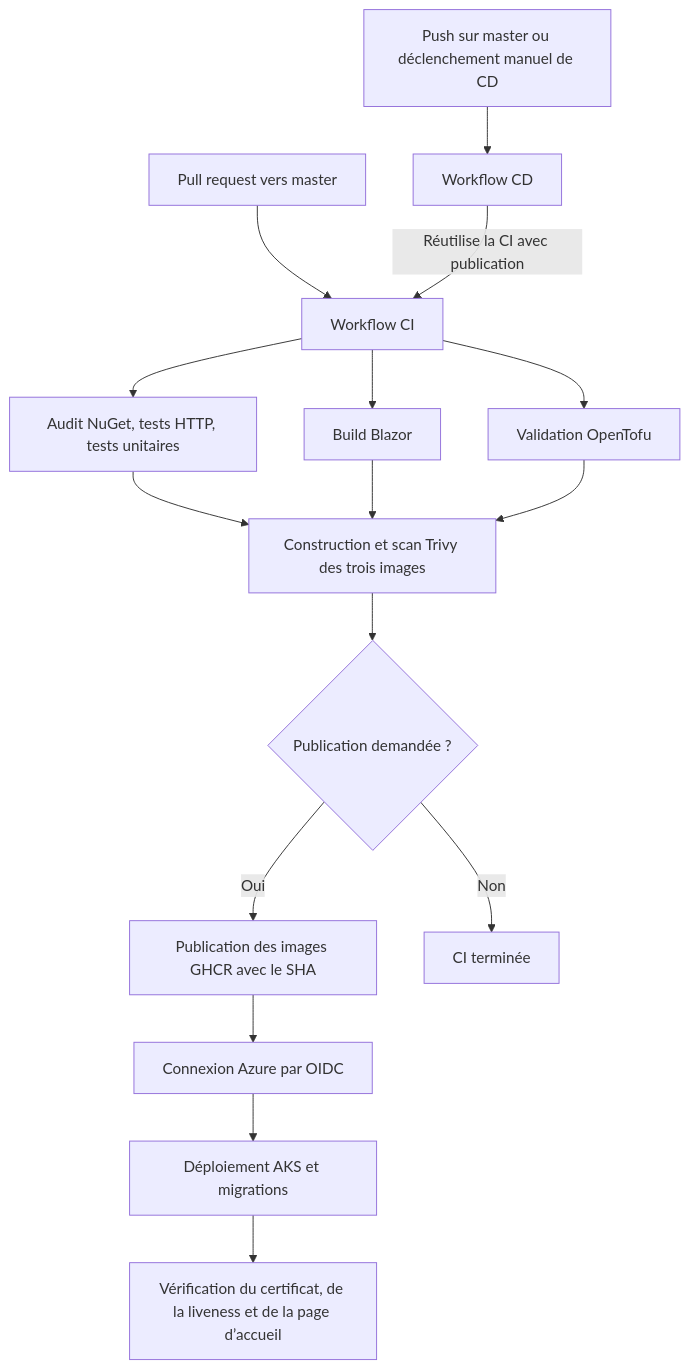
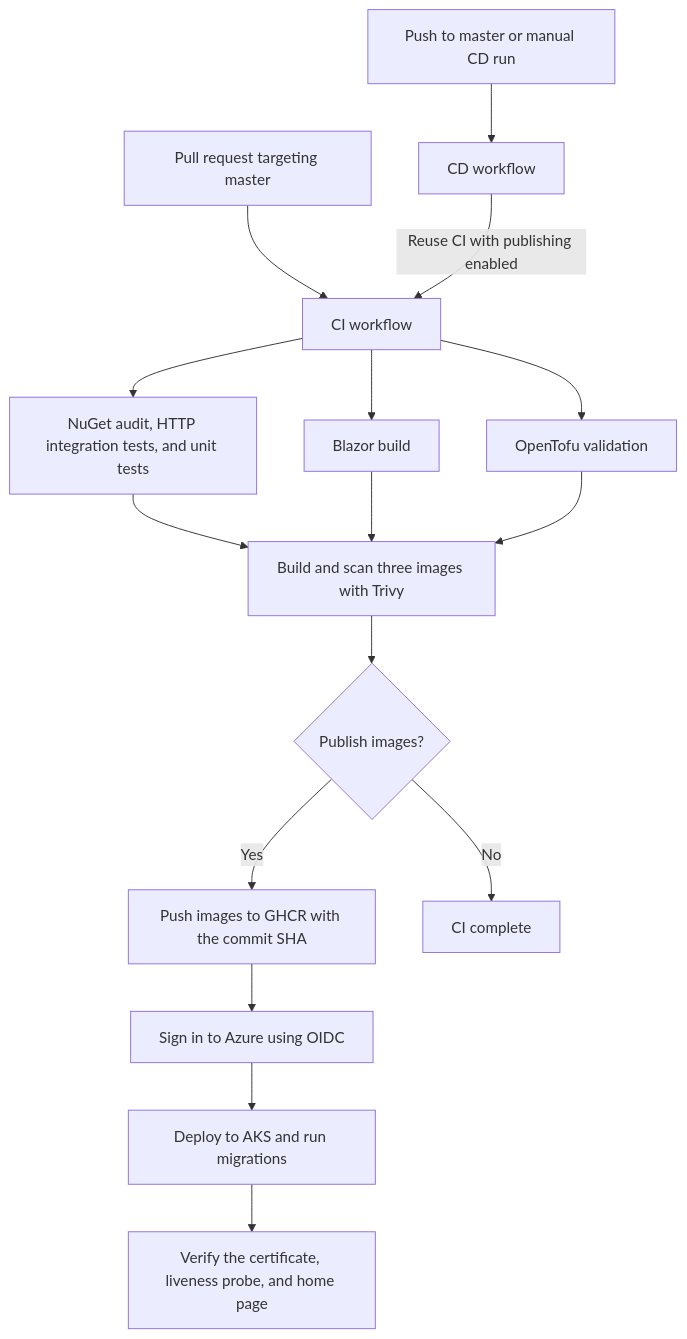
The fourth of 5 diagrams in docs/ARCHITECTURE.md (Fabian-Raeskinet/mydisk-api), drawn with Mermaid before and after one commit. The commit also changed other lines of this file and 5 other files, not shown here.

Commit message:
update documentation: rename use cases file and translate architecture content to English

````diff
--- a/docs/ARCHITECTURE.md
+++ b/docs/ARCHITECTURE.md
@@ -131,18 +131,18 @@
 ```mermaid
 flowchart TD
-    PR["Pull request vers master"] --> CI["Workflow CI"]
-    Push["Push sur master ou déclenchement manuel de CD"] --> CD["Workflow CD"]
-    CD -->|"Réutilise la CI avec publication"| CI
-    CI --> NET["Audit NuGet, tests HTTP, tests unitaires"]
-    CI --> UI["Build Blazor"]
-    CI --> Infra["Validation OpenTofu"]
-    NET --> Images["Construction et scan Trivy des trois images"]
+    PR["Pull request targeting master"] --> CI["CI workflow"]
+    Push["Push to master or manual CD run"] --> CD["CD workflow"]
+    CD -->|"Reuse CI with publishing enabled"| CI
+    CI --> NET["NuGet audit, HTTP integration tests, and unit tests"]
+    CI --> UI["Blazor build"]
+    CI --> Infra["OpenTofu validation"]
+    NET --> Images["Build and scan three images with Trivy"]
     UI --> Images
     Infra --> Images
-    Images --> Publish{"Publication demandée ?"}
-    Publish -->|"Oui"| GHCR["Publication des images GHCR avec le SHA"]
-    Publish -->|"Non"| Finish["CI terminée"]
-    GHCR --> Login["Connexion Azure par OIDC"]
-    Login --> Deploy["Déploiement AKS et migrations"]
-    Deploy --> Check["Vérification du certificat, de la liveness et de la page d’accueil"]
+    Images --> Publish{"Publish images?"}
+    Publish -->|"Yes"| GHCR["Push images to GHCR with the commit SHA"]
+    Publish -->|"No"| Finish["CI complete"]
+    GHCR --> Login["Sign in to Azure using OIDC"]
+    Login --> Deploy["Deploy to AKS and run migrations"]
+    Deploy --> Check["Verify the certificate, liveness probe, and home page"]
 ```
````
